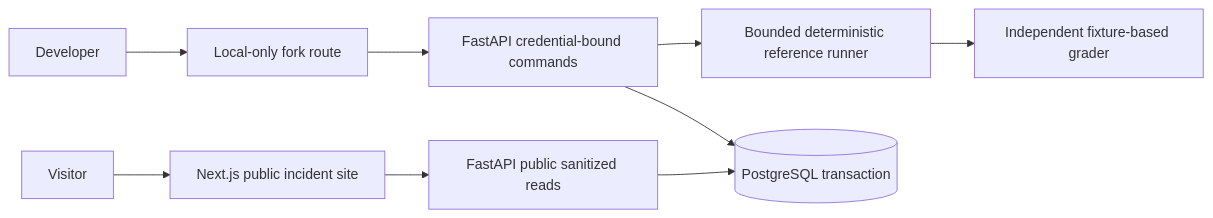
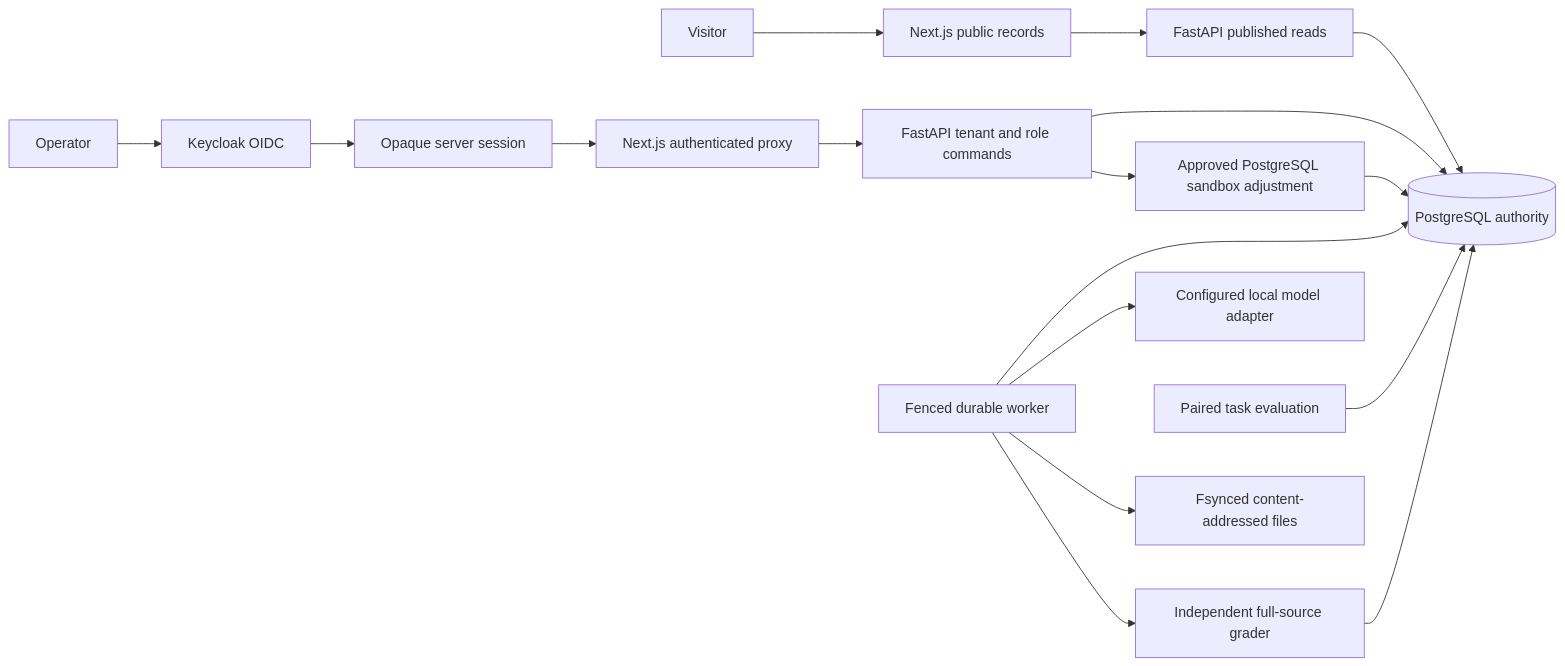
One commit to Gaurav711cgu/kairos-agents changed the diagram in ARCHITECTURE.md. Above: the diagram before and after it, drawn with Mermaid. The commit also changed other lines of this file and 2923 other files, not shown here.

````diff
--- a/ARCHITECTURE.md
+++ b/ARCHITECTURE.md
@@ -5,11 +7,19 @@
 ```mermaid
 flowchart LR
-  Visitor --> Site[Next.js public incident site]
-  Developer --> Proxy[Local-only fork route]
-  Site --> Reads[FastAPI public sanitized reads]
-  Proxy --> Commands[FastAPI credential-bound commands]
-  Commands --> Runner[Bounded deterministic reference runner]
-  Runner --> Grader[Independent fixture-based grader]
-  Commands --> PG[(PostgreSQL transaction)]
+  Visitor --> Web[Next.js public records]
+  Operator --> Login[Keycloak OIDC]
+  Login --> Session[Opaque server session]
+  Session --> Proxy[Next.js authenticated proxy]
+  Web --> Reads[FastAPI published reads]
+  Proxy --> Commands[FastAPI tenant and role commands]
+  Commands --> PG[(PostgreSQL authority)]
   Reads --> PG
+  Worker[Fenced durable worker] --> PG
+  Worker --> Model[Configured local model adapter]
+  Worker --> Blobs[Fsynced content-addressed files]
+  Worker --> Grade[Independent full-source grader]
+  Grade --> PG
+  Commands --> Effects[Approved PostgreSQL sandbox adjustment]
+  Effects --> PG
+  Reports[Paired task evaluation] --> PG
 ```
````
